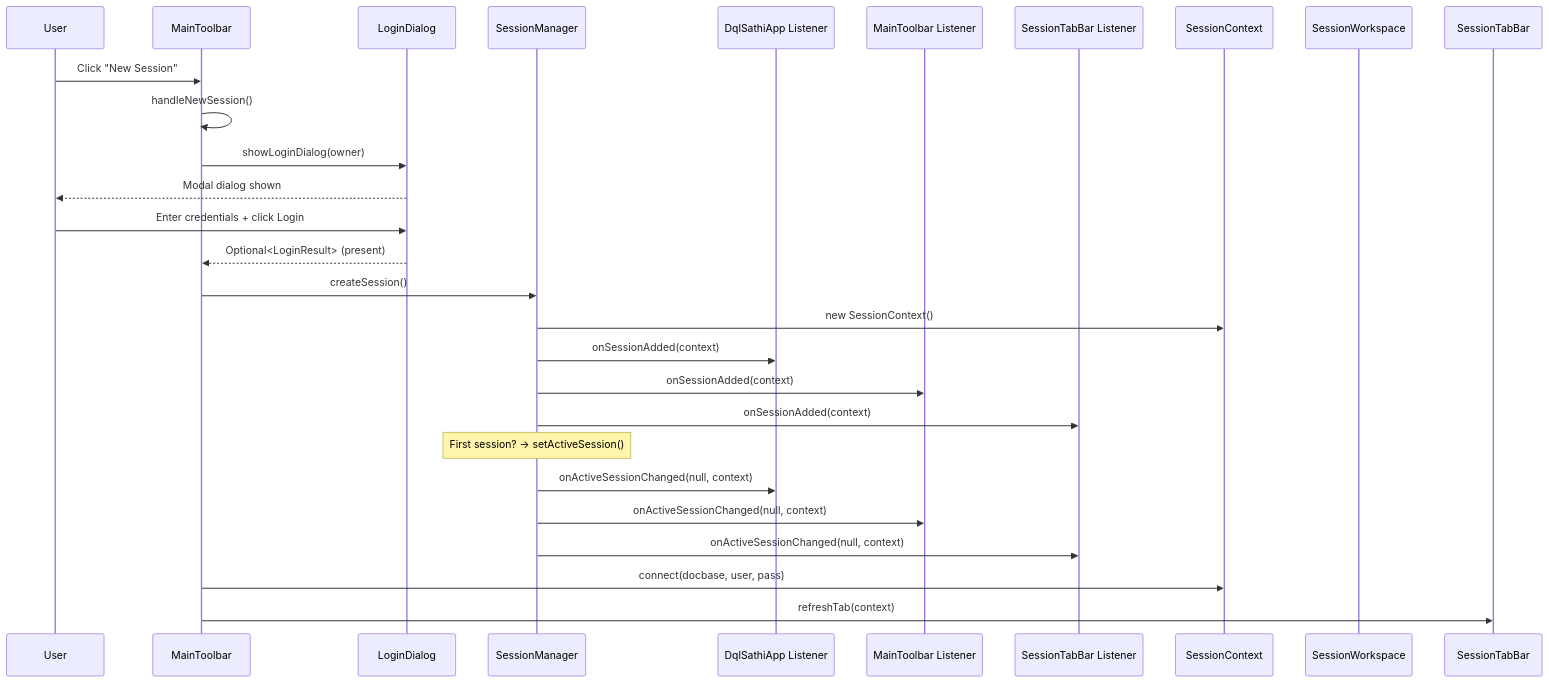
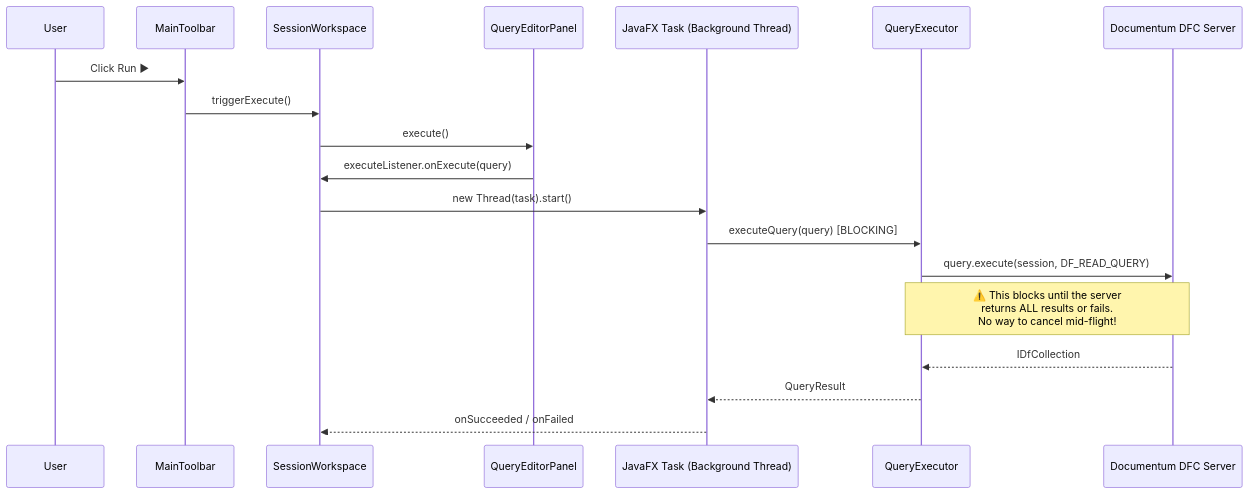
The first of 2 diagrams in New Session ToolBar menu flow.md (Asfaque755004/test), drawn with Mermaid before and after one commit. The commit also changed other lines of this file, not shown here.

````diff
--- a/New Session ToolBar menu flow.md
+++ b/New Session ToolBar menu flow.md
@@ -309,33 +20,22 @@
 ```mermaid
 sequenceDiagram
     participant User
     participant MainToolbar
-    participant LoginDialog
-    participant SessionManager
-    participant Listener1 as DqlSathiApp Listener
-    participant Listener2 as MainToolbar Listener
-    participant Listener3 as SessionTabBar Listener
-    participant SessionContext
     participant SessionWorkspace
+    participant QueryEditorPanel
+    participant Task as JavaFX Task (Background Thread)
+    participant QueryExecutor
+    participant DFC as Documentum DFC Server
 
-    User->>MainToolbar: Click "New Session"
-    MainToolbar->>MainToolbar: handleNewSession()
-    MainToolbar->>LoginDialog: showLoginDialog(owner)
-    LoginDialog-->>User: Modal dialog shown
-    User->>LoginDialog: Enter credentials + click Login
-    LoginDialog-->>MainToolbar: Optional<LoginResult> (present)
-
-    MainToolbar->>SessionManager: createSession()
-    SessionManager->>SessionContext: new SessionContext()
-    SessionManager->>Listener1: onSessionAdded(context)
-    SessionManager->>Listener2: onSessionAdded(context)
-    SessionManager->>Listener3: onSessionAdded(context)
-
-    Note over SessionManager: First session? → setActiveSession()
-    SessionManager->>Listener1: onActiveSessionChanged(null, context)
-    SessionManager->>Listener2: onActiveSessionChanged(null, context)
-    SessionManager->>Listener3: onActiveSessionChanged(null, context)
-
-    MainToolbar->>SessionContext: connect(docbase, user, pass)
-    MainToolbar->>SessionTabBar: refreshTab(context)
+    User->>MainToolbar: Click Run ▶
+    MainToolbar->>SessionWorkspace: triggerExecute()
+    SessionWorkspace->>QueryEditorPanel: execute()
+    QueryEditorPanel->>SessionWorkspace: executeListener.onExecute(query)
+    SessionWorkspace->>Task: new Thread(task).start()
+    Task->>QueryExecutor: executeQuery(query) [BLOCKING]
+    QueryExecutor->>DFC: query.execute(session, DF_READ_QUERY)
+    Note over QueryExecutor,DFC: ⚠️ This blocks until the server<br/>returns ALL results or fails.<br/>No way to cancel mid-flight!
+    DFC-->>QueryExecutor: IDfCollection
+    QueryExecutor-->>Task: QueryResult
+    Task-->>SessionWorkspace: onSucceeded / onFailed
 ```
````
